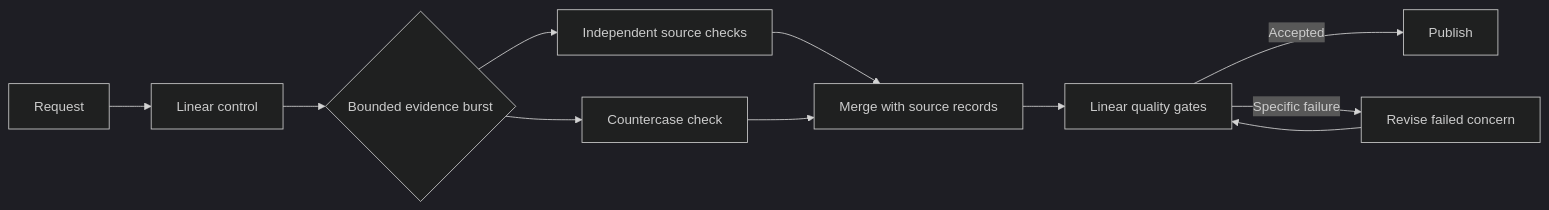
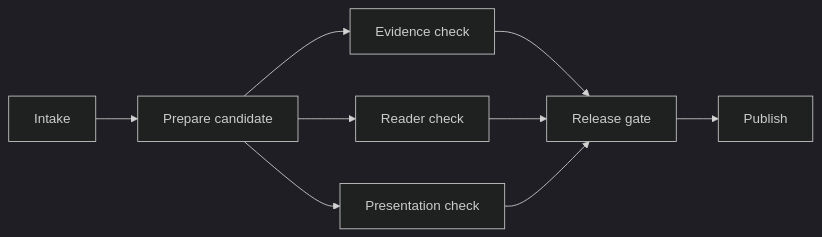
The fourth of 4 diagrams in src/drafts/df3f4646.md (Herbertcuba/herbertcuba-personal-blog), drawn with Mermaid (dark theme) before and after one commit. The commit also changed other lines of this file, not shown here.

Commit message:
draft(t_3af0b546): Use a Pipeline Until the Work Proves It Needs a Graph

````diff
--- a/src/drafts/df3f4646.md
+++ b/src/drafts/df3f4646.md
@@ -66,13 +92,11 @@
 ```mermaid
 flowchart LR
-    A[Request] --> B[Linear control]
-    B --> C{Bounded evidence burst}
-    C --> D[Independent source checks]
-    C --> E[Countercase check]
-    D --> F[Merge with source records]
-    E --> F
-    F --> G[Linear quality gates]
-    G -->|Accepted| H[Publish]
-    G -->|Specific failure| I[Revise failed concern]
-    I --> G
+    I[Intake] --> P[Prepare candidate]
+    P --> E[Evidence check]
+    P --> R[Reader check]
+    P --> V[Presentation check]
+    E --> G[Release gate]
+    R --> G
+    V --> G
+    G --> U[Publish]
 ```
````
